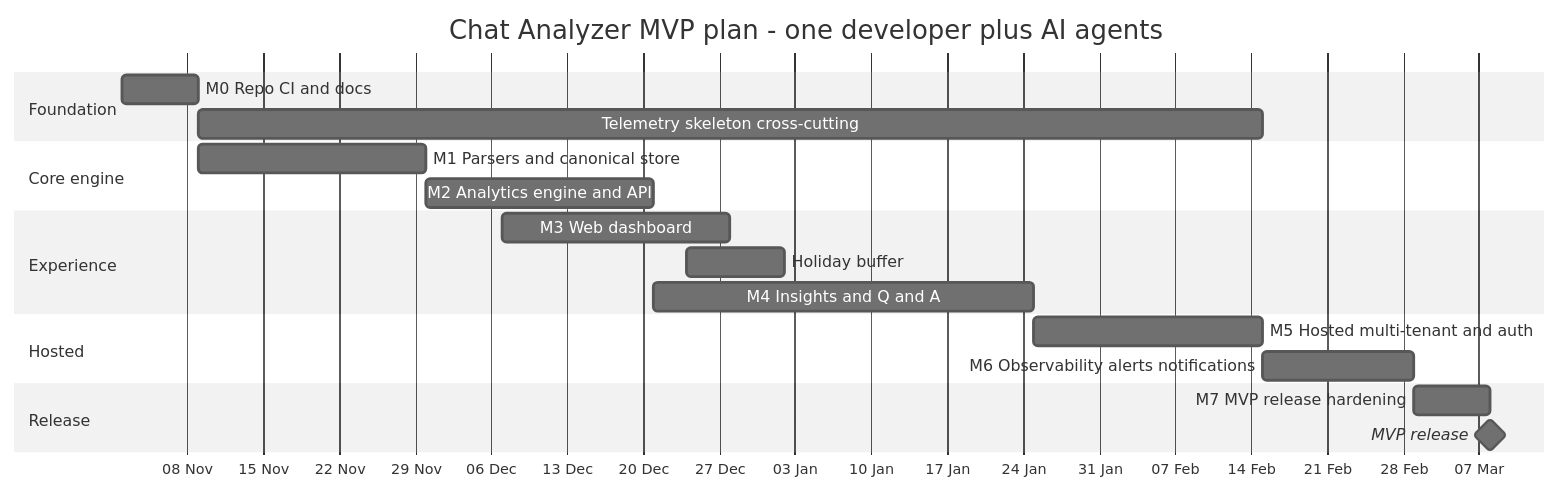
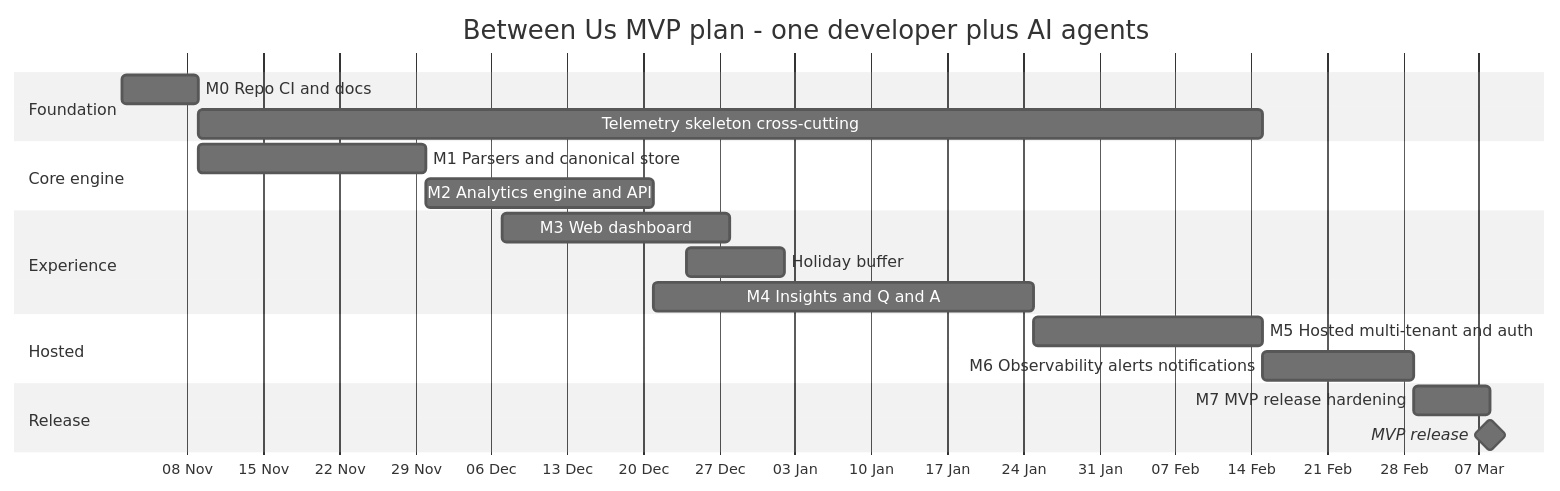
One commit to KshitijV97/between-us changed the diagram in docs/10-roadmap.md. Above: the diagram before and after it, drawn with Mermaid (neutral theme). The commit also changed other lines of this file and 70 other files, not shown here.

````diff
--- a/docs/10-roadmap.md
+++ b/docs/10-roadmap.md
@@ -20,22 +20,22 @@
 ```mermaid
 gantt
-    title Chat Analyzer MVP plan - one developer plus AI agents
+    title Between Us MVP plan - one developer plus AI agents
     dateFormat YYYY-MM-DD
     axisFormat %d %b
     section Foundation
     M0 Repo CI and docs                  :m0, 2026-11-02, 7d
     Telemetry skeleton cross-cutting     :tel, after m0, 98d
     section Core engine
     M1 Parsers and canonical store       :m1, after m0, 21d
     M2 Analytics engine and API          :m2, after m1, 21d
     section Experience
     M3 Web dashboard                     :m3, 2026-12-07, 21d
     Holiday buffer                       :hb, 2026-12-24, 9d
     M4 Insights and Q and A              :m4, 2026-12-21, 35d
     section Hosted
     M5 Hosted multi-tenant and auth      :m5, after m4, 21d
     M6 Observability alerts notifications :m6, after m5, 14d
     section Release
     M7 MVP release hardening             :m7, after m6, 7d
     MVP release                          :milestone, rel, after m7, 0d
 ```
````
